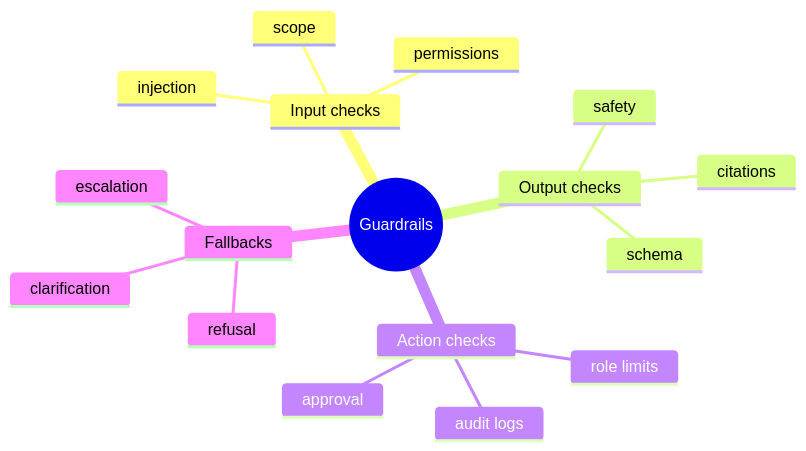
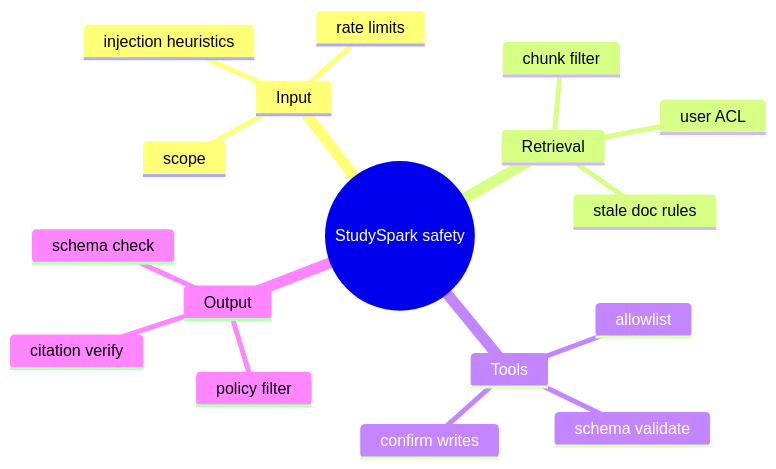
The sixth of 11 diagrams in day_28/day_28_guardrails.md (Asabeneh/30-Days-Of-AI-Engineering), drawn with Mermaid before and after one commit. The commit also changed other lines of this file and 49 other files, not shown here.

````diff
--- a/day_28/day_28_guardrails.md
+++ b/day_28/day_28_guardrails.md
@@ -221,20 +291,20 @@
 ```mermaid
 mindmap
-    root((Guardrails))
-        Input checks
-            scope
-            permissions
-            injection
-        Output checks
-            schema
-            safety
-            citations
-        Action checks
-            approval
-            role limits
-            audit logs
-        Fallbacks
-            refusal
-            escalation
-            clarification
+  root((StudySpark safety))
+    Input
+      scope
+      rate limits
+      injection heuristics
+    Retrieval
+      chunk filter
+      user ACL
+      stale doc rules
+    Tools
+      allowlist
+      schema validate
+      confirm writes
+    Output
+      citation verify
+      schema check
+      policy filter
 ```
````
